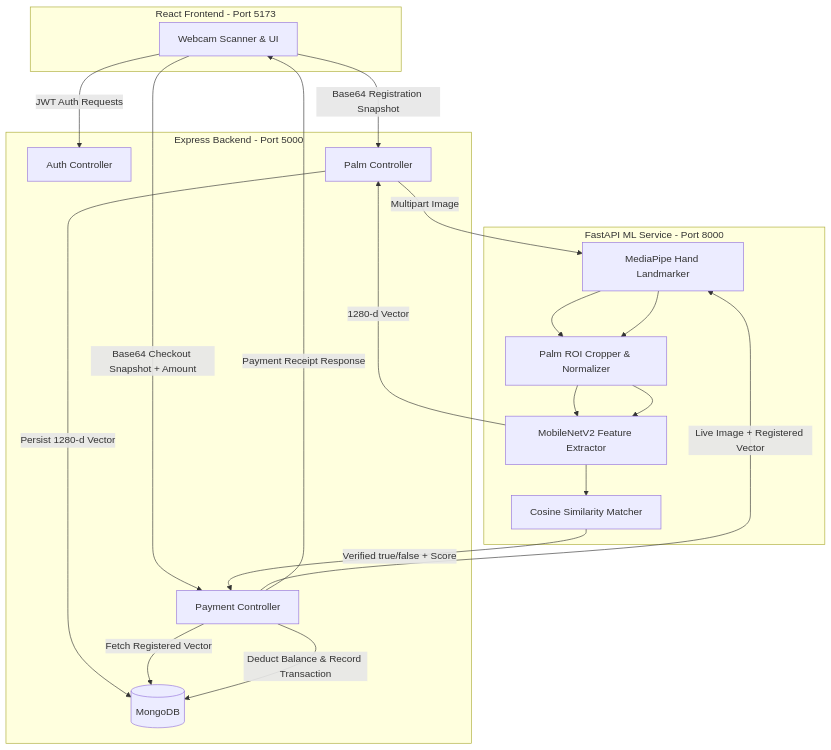
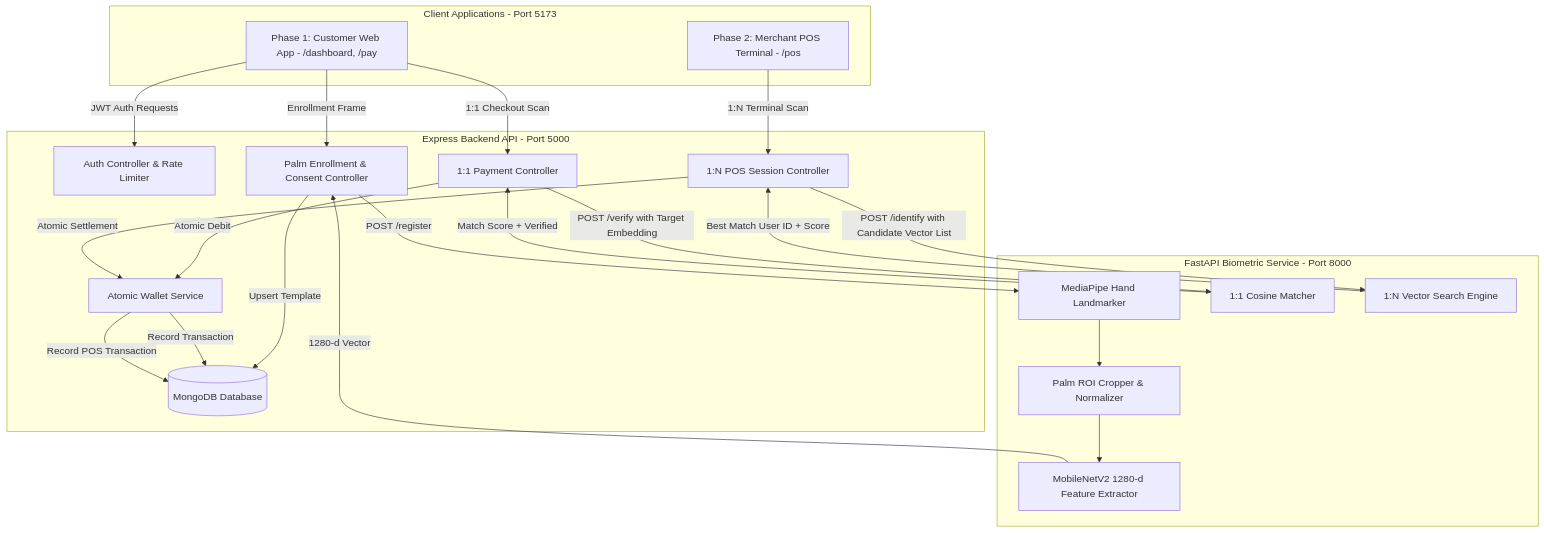
One commit to mpsinghmandawariya/palm_frontend changed the diagram in README.md. Above: the diagram before and after it, drawn with Mermaid. The commit also changed other lines of this file and 106 other files, not shown here.

````diff
--- a/README.md
+++ b/README.md
@@ -26,33 +56,41 @@
 ```mermaid
 flowchart TD
-    subgraph Client [React Frontend - Port 5173]
-        WebcamUI[Webcam Scanner & UI]
+    subgraph ClientLayer [Client Applications - Port 5173]
+        CustomerApp[Phase 1: Customer Web App - /dashboard, /pay]
+        MerchantPOS[Phase 2: Merchant POS Terminal - /pos]
     end
 
-    subgraph BackendAPI [Express Backend - Port 5000]
-        AuthCtrl[Auth Controller]
-        PalmCtrl[Palm Controller]
-        PayCtrl[Payment Controller]
-        DB[(MongoDB)]
+    subgraph BackendLayer [Express Backend API - Port 5000]
+        AuthCtrl[Auth Controller & Rate Limiter]
+        PalmCtrl[Palm Enrollment & Consent Controller]
+        PayCtrl[1:1 Payment Controller]
+        POSCtrl[1:N POS Session Controller]
+        WalletSvc[Atomic Wallet Service]
+        DB[(MongoDB Database)]
     end
 
-    subgraph MLEngine [FastAPI ML Service - Port 8000]
+    subgraph MLEngineLayer [FastAPI Biometric Service - Port 8000]
         MP[MediaPipe Hand Landmarker]
         Crop[Palm ROI Cropper & Normalizer]
-        MN[MobileNetV2 Feature Extractor]
-        CosSim[Cosine Similarity Matcher]
+        MN[MobileNetV2 1280-d Feature Extractor]
+        VerifyEngine[1:1 Cosine Matcher]
+        IdentifyEngine[1:N Vector Search Engine]
     end
 
-    WebcamUI -->|JWT Auth Requests| AuthCtrl
-    WebcamUI -->|Base64 Registration Snapshot| PalmCtrl
-    WebcamUI -->|Base64 Checkout Snapshot + Amount| PayCtrl
+    CustomerApp -->|JWT Auth Requests| AuthCtrl
+    CustomerApp -->|Enrollment Frame| PalmCtrl
+    CustomerApp -->|1:1 Checkout Scan| PayCtrl
+    MerchantPOS -->|1:N Terminal Scan| POSCtrl
 
-    PalmCtrl -->|Multipart Image| MP --> Crop --> MN -->|1280-d Vector| PalmCtrl
-    PalmCtrl -->|Persist 1280-d Vector| DB
+    PalmCtrl -->|POST /register| MP --> Crop --> MN -->|1280-d Vector| PalmCtrl
+    PalmCtrl -->|Upsert Template| DB
 
-    PayCtrl -->|Fetch Registered Vector| DB
-    PayCtrl -->|Live Image + Registered Vector| MP --> Crop --> MN --> CosSim
-    CosSim -->|Verified true/false + Score| PayCtrl
-    PayCtrl -->|Deduct Balance & Record Transaction| DB
-    PayCtrl -->|Payment Receipt Response| WebcamUI
+    PayCtrl -->|POST /verify with Target Embedding| VerifyEngine
+    POSCtrl -->|POST /identify with Candidate Vector List| IdentifyEngine
+
+    VerifyEngine -->|Match Score + Verified| PayCtrl
+    IdentifyEngine -->|Best Match User ID + Score| POSCtrl
+
+    PayCtrl -->|Atomic Debit| WalletSvc -->|Record Transaction| DB
+    POSCtrl -->|Atomic Settlement| WalletSvc -->|Record POS Transaction| DB
 ```
````
